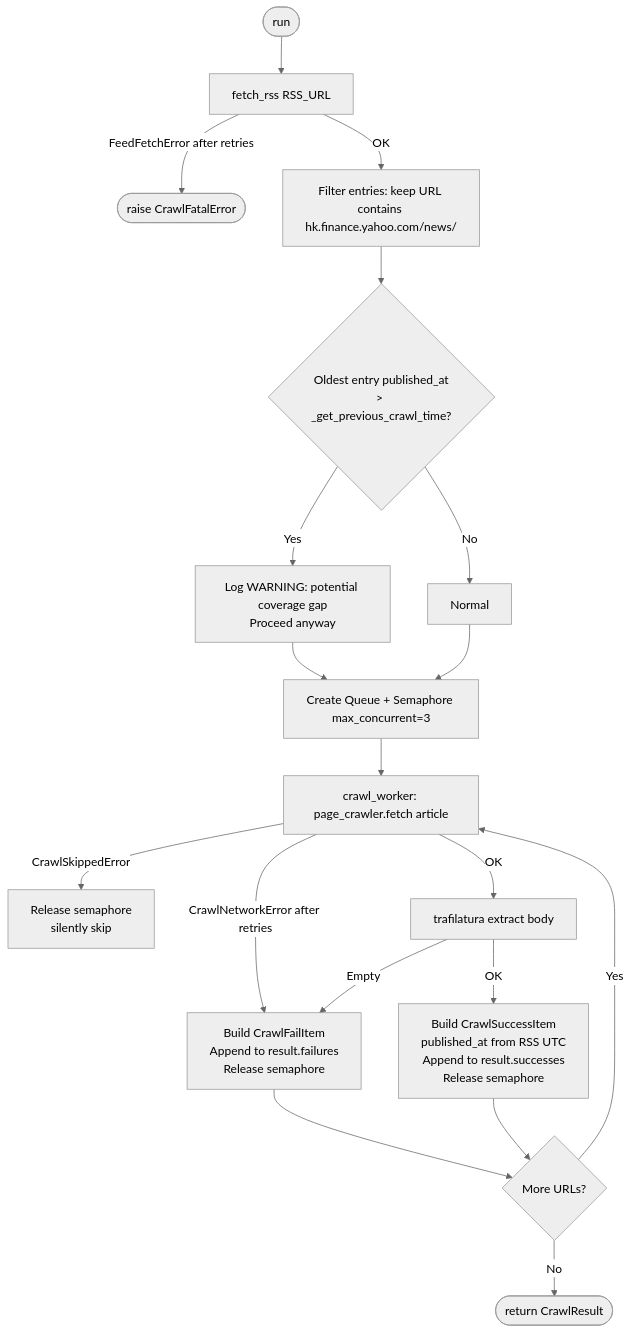
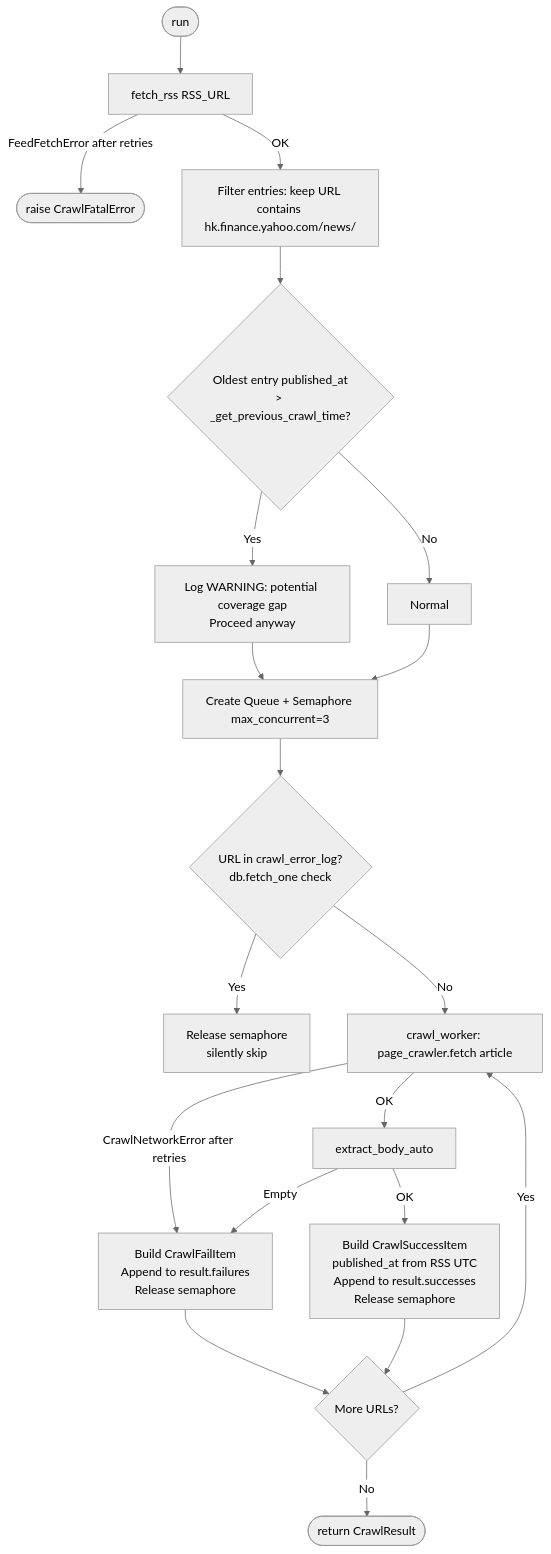
Before and after one commit to mars-xiaoyi/wealthfinder: the ninth of 11 diagrams in stock-assistant-data-ingestion/docs/implementation.md, drawn with Mermaid (neutral theme). The commit also changed other lines of this file and 44 other files, not shown here.

````diff
--- a/stock-assistant-data-ingestion/docs/implementation.md
+++ b/stock-assistant-data-ingestion/docs/implementation.md
@@ -1294,19 +1328,20 @@
 ```mermaid
 flowchart TD
     A([run]) --> B[fetch_rss RSS_URL]
     B -->|FeedFetchError after retries| C([raise CrawlFatalError])
     B -->|OK| D[Filter entries: keep URL contains hk.finance.yahoo.com/news/]
     D --> E{Oldest entry published_at\n> _get_previous_crawl_time?}
     E -->|Yes| F[Log WARNING: potential coverage gap\nProceed anyway]
     E -->|No| G[Normal]
     F & G --> H[Create Queue + Semaphore max_concurrent=3]
-    H --> I[crawl_worker: page_crawler.fetch article]
-    I -->|CrawlSkippedError| SKIP[Release semaphore\nsilently skip]
+    H --> CHK{URL in crawl_error_log?\ndb.fetch_one check}
+    CHK -->|Yes| SKIP[Release semaphore\nsilently skip]
+    CHK -->|No| I[crawl_worker: page_crawler.fetch article]
     I -->|CrawlNetworkError after retries| J[Build CrawlFailItem\nAppend to result.failures\nRelease semaphore]
-    I -->|OK| K[trafilatura extract body]
+    I -->|OK| K[extract_body_auto]
     K -->|Empty| J
     K -->|OK| L[Build CrawlSuccessItem\npublished_at from RSS UTC\nAppend to result.successes\nRelease semaphore]
     J & L --> N{More URLs?}
     N -->|Yes| I
     N -->|No| O([return CrawlResult])
 ```
````
